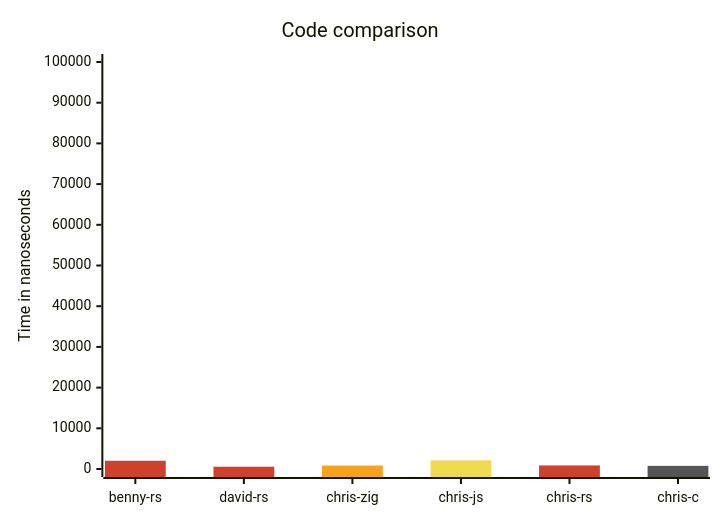
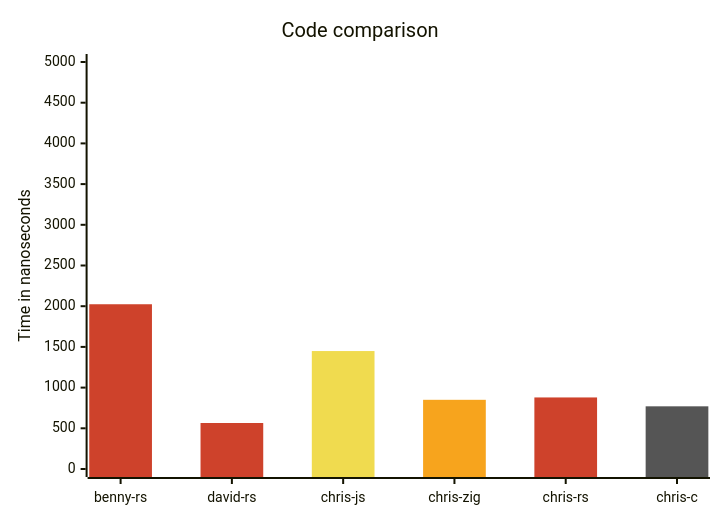
The second of 2 diagrams in README.md (chris-heathwood/js-faster-than-rust), drawn with Mermaid before and after one commit. The commit also changed other lines of this file, not shown here.

Commit message:
Chart updates

````diff
--- a/README.md
+++ b/README.md
@@ -71,16 +69,16 @@
 ```mermaid
 ---
 config:
     themeVariables:
         xyChart:
             plotColorPalette: "#F7A41D, #F0DB4F, #CE422B, #555555"
 ---
 xychart-beta
     title "Code comparison"
-    x-axis [benny-rs, david-rs, chris-zig, chris-js, chris-rs, chris-c]
-    y-axis "Time in nanoseconds" 0 --> 100000
-    bar [-10000, -10000, 850, -10000, -10000, -10000]
-    bar [-10000, -10000, -10000, 2113, -10000, -10000]
+    x-axis [benny-rs, david-rs, chris-js, chris-zig, chris-rs, chris-c]
+    y-axis "Time in nanoseconds" 0 --> 5000
+    bar [-10000, -10000, -10000, 850, -10000, -10000]
+    bar [-10000, -10000, 1449, -10000, -10000, -10000]
     bar [2024, 565, -10000, -10000, 879, -10000]
     bar [-10000, -10000, -10000, -10000, -10000, 770]
 ```
````
